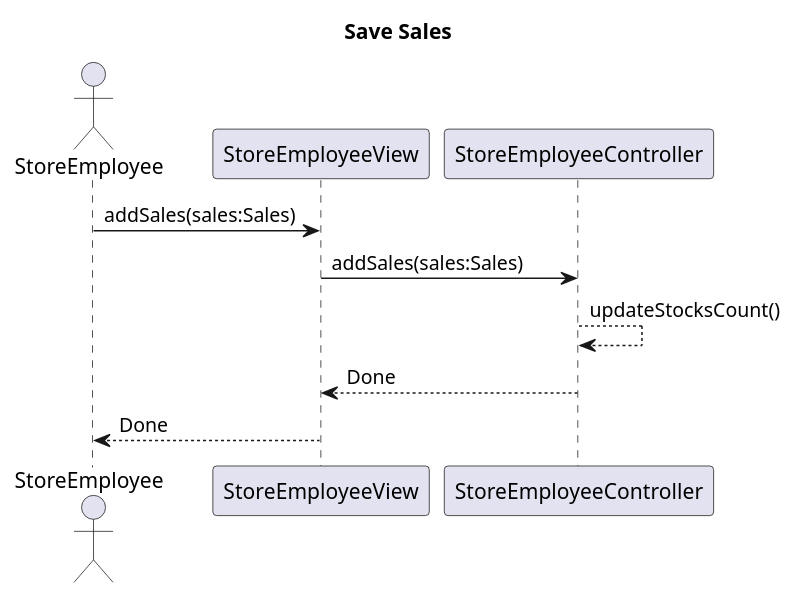
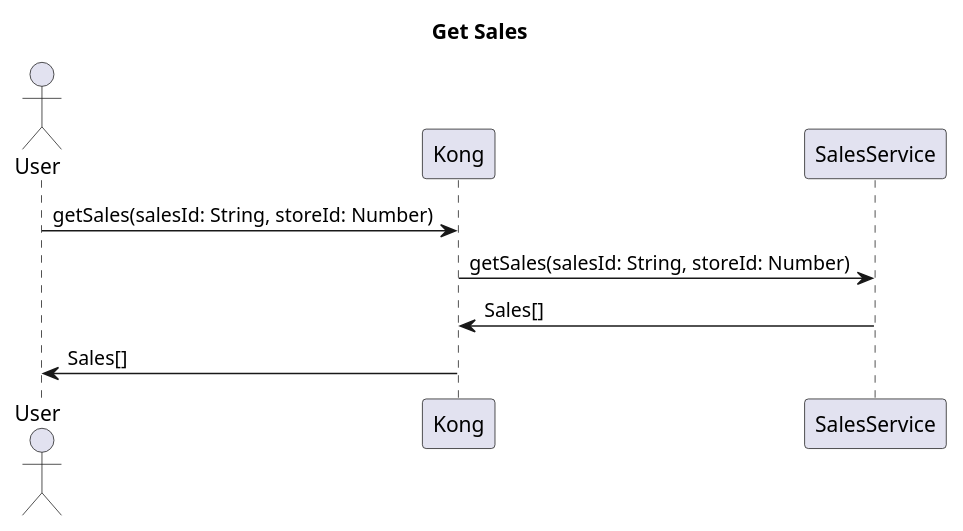
One commit to ThePhobosDeimosSuite/laboratoire-0_log430 changed diagram 13 of 20 in docs/rapport.md. Above: the diagram before and after it, drawn with PlantUML. The commit also changed other lines of this file and 21 other files, not shown here.

```diff
--- a/docs/rapport.md
+++ b/docs/rapport.md
@@ -241,10 +530,10 @@
-@startuml save-sales
-title Save Sales
-actor StoreEmployee
+@startuml get-sales
+title Get Sales
+actor User
 
-StoreEmployee -> StoreEmployeeView : addSales(sales:Sales)
-StoreEmployeeView -> StoreEmployeeController : addSales(sales:Sales)
-StoreEmployeeController --> StoreEmployeeController : updateStocksCount()
-StoreEmployeeController --> StoreEmployeeView : Done
-StoreEmployeeView --> StoreEmployee : Done
+User -> Kong : getSales(salesId: String, storeId: Number)
+Kong -> SalesService : getSales(salesId: String, storeId: Number)
+SalesService -> Kong : Sales[]
+Kong -> User : Sales[]
+
 @enduml
```
